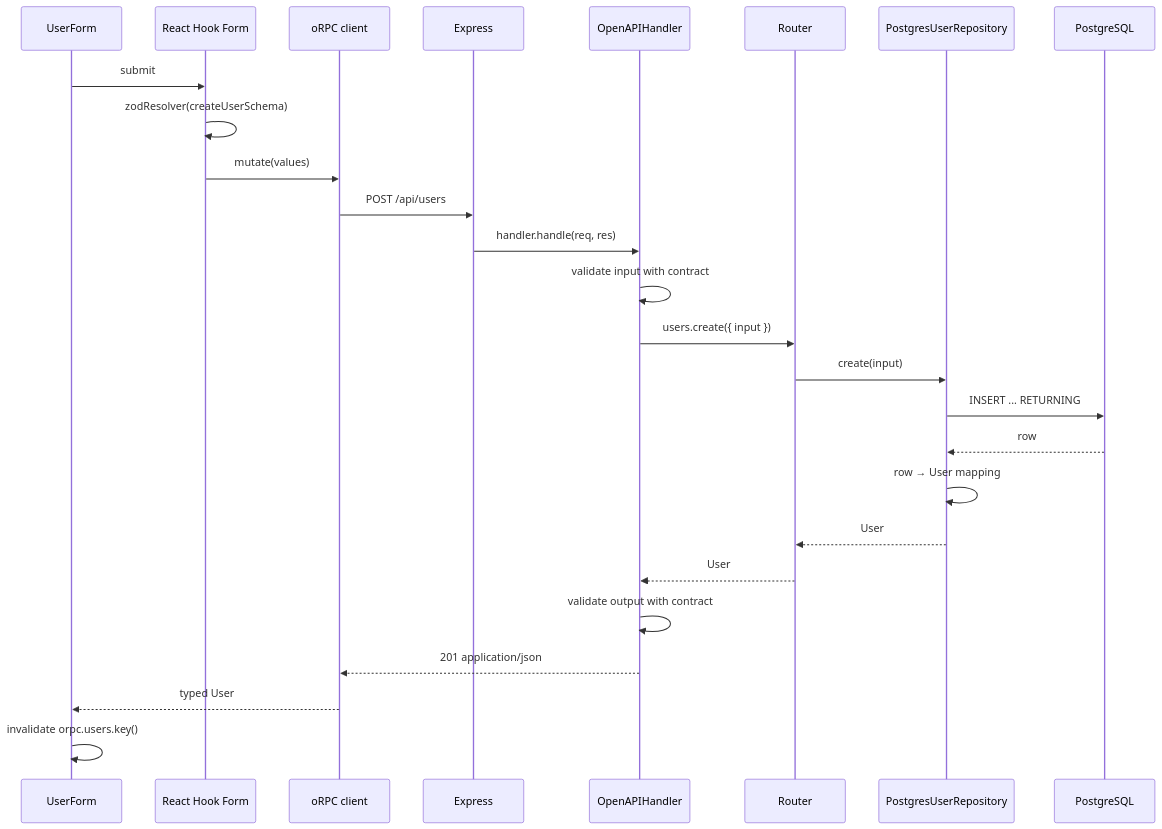
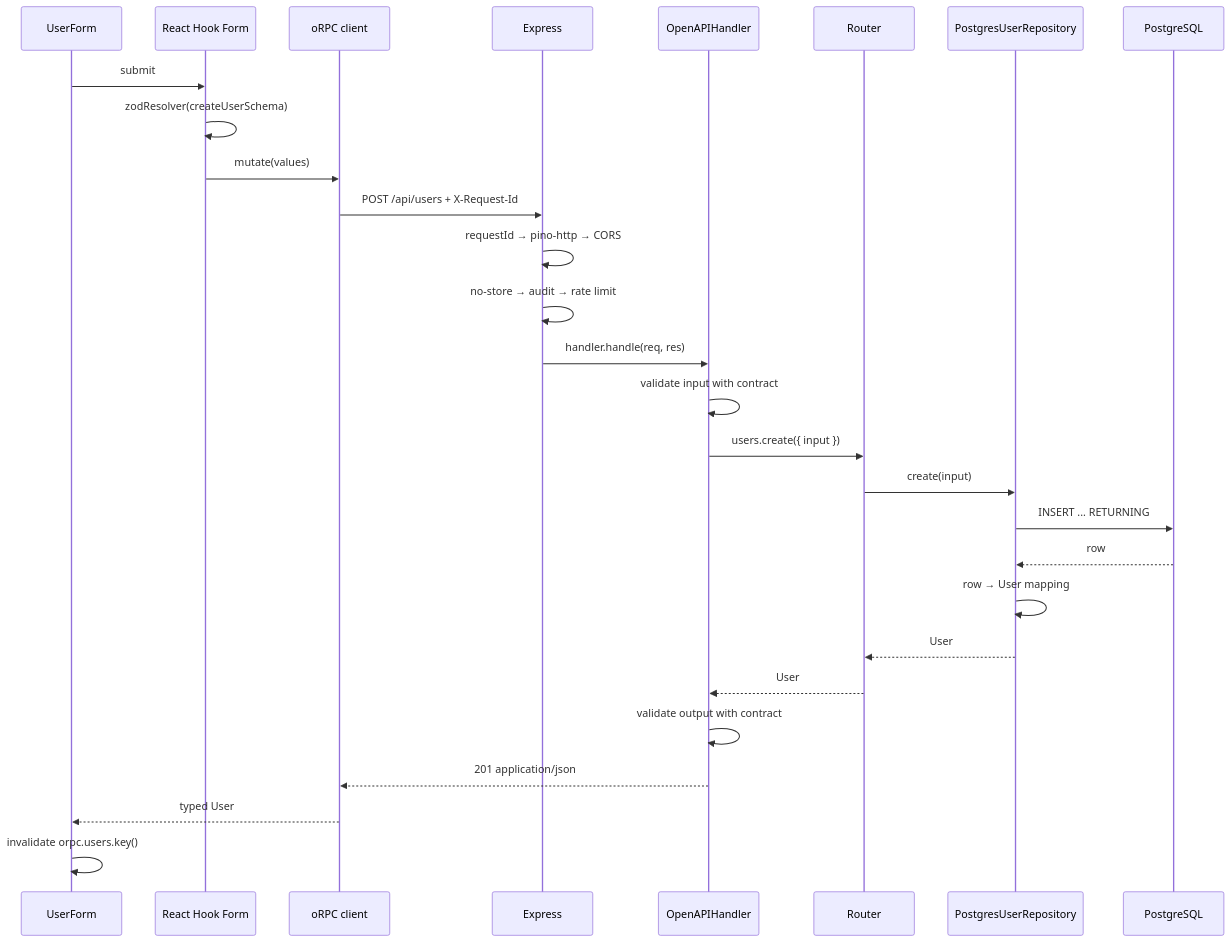
The diagram in docs/architecture.md (Juanxrpana/Evaluador_hack), drawn with Mermaid before and after one commit. The commit also changed other lines of this file and 20 other files, not shown here.

Commit message:
feat(api): add request observability and rate limiting

````diff
--- a/docs/architecture.md
+++ b/docs/architecture.md
@@ -49,29 +49,31 @@
 ```mermaid
 sequenceDiagram
   participant Form as UserForm
   participant RHF as React Hook Form
   participant O as oRPC client
   participant E as Express
   participant H as OpenAPIHandler
   participant R as Router
   participant P as PostgresUserRepository
   participant DB as PostgreSQL
 
   Form->>RHF: submit
   RHF->>RHF: zodResolver(createUserSchema)
   RHF->>O: mutate(values)
-  O->>E: POST /api/users
+  O->>E: POST /api/users + X-Request-Id
+  E->>E: requestId → pino-http → CORS
+  E->>E: no-store → audit → rate limit
   E->>H: handler.handle(req, res)
   H->>H: validate input with contract
   H->>R: users.create({ input })
   R->>P: create(input)
   P->>DB: INSERT ... RETURNING
   DB-->>P: row
   P->>P: row → User mapping
   P-->>R: User
   R-->>H: User
   H->>H: validate output with contract
   H-->>O: 201 application/json
   O-->>Form: typed User
   Form->>Form: invalidate orpc.users.key()
 ```
````
